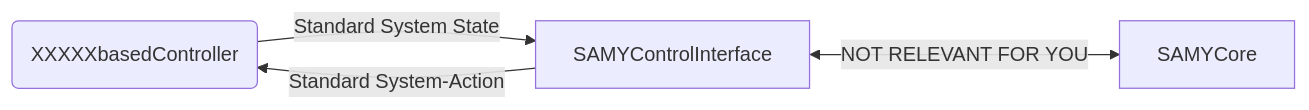
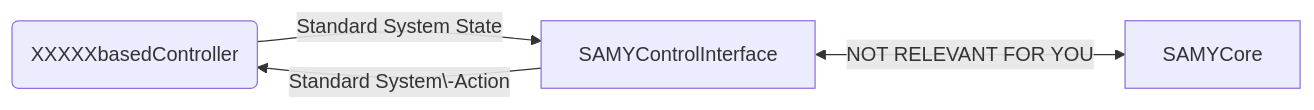
The first of 3 diagrams in README.md (TW-Robotics/SAMYControl), drawn with Mermaid before and after one commit.

````diff
--- a/README.md
+++ b/README.md
@@ -7,6 +7,6 @@
 ```mermaid
 flowchart LR
 A(XXXXXbasedController) -- Standard System State --> B[SAMYControlInterface]
-B -- Standard System-Action --> A
+B -- Standard System\-Action --> A
 B <-- NOT RELEVANT FOR YOU --> C[SAMYCore]
 ```
````
